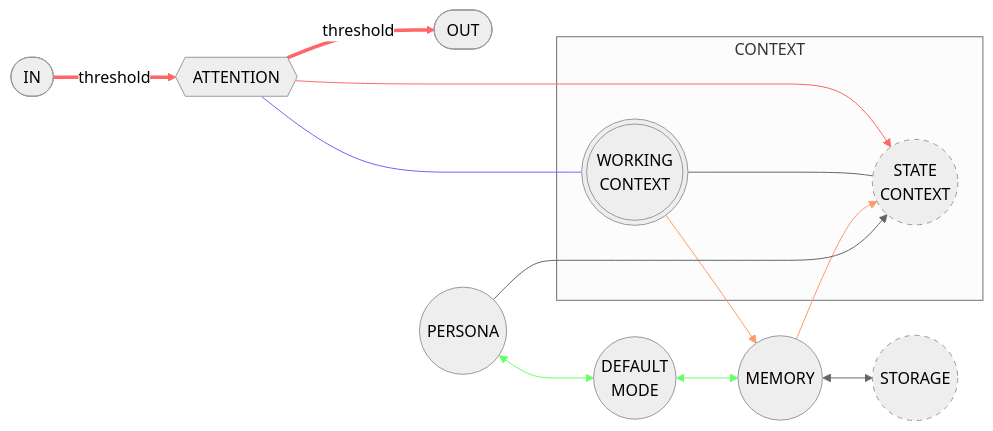
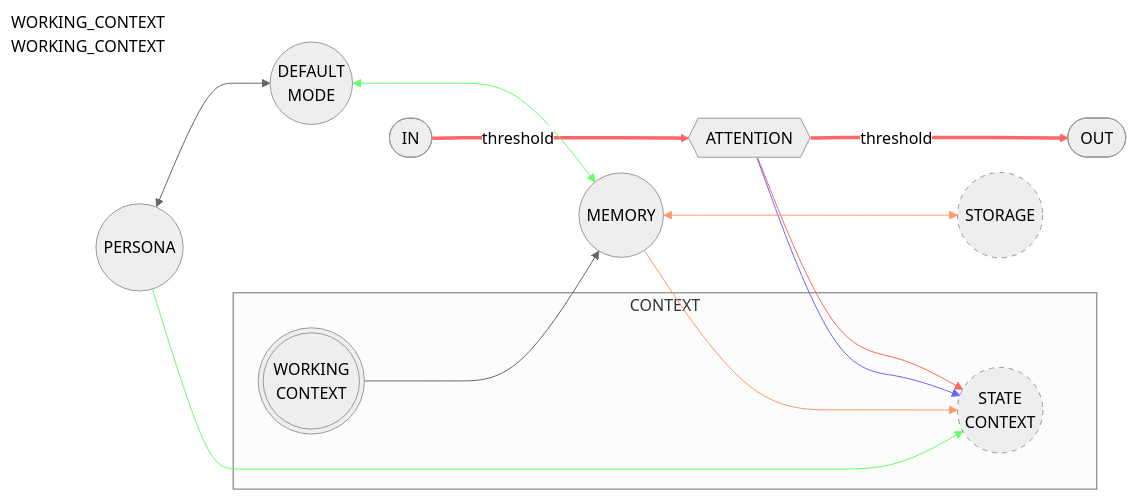
The first of 14 diagrams in README.md (EveryOneIsGross/scratchTHOUGHTS), drawn with Mermaid (neutral theme) before and after one commit.

````diff
--- a/README.md
+++ b/README.md
@@ -4,56 +4,56 @@
 ```mermaid
 flowchart LR
     IN([IN])
     OUT([OUT])
     ATTENTION{{ATTENTION}}
     WORKING_CONTEXT((("WORKING\nCONTEXT")))
     STATE_CONTEXT(("STATE\nCONTEXT"))
     MEMORY((MEMORY))
     STORAGE(("STORAGE"))
     PERSONA((PERSONA))
     DEFAULT_MODE((DEFAULT\nMODE))
     
     %% Input/Output with threshold attention
     IN ==>|threshold| ATTENTION
     ATTENTION ==>|threshold| OUT
     
     %% Attention to State Context for input
     ATTENTION --> STATE_CONTEXT
     
     %% Attention-Working Context interaction
-    ATTENTION <--- WORKING_CONTEXT
+    ATTENTION <-- WORKING_CONTEXT
     
     %% Context hierarchy and relationships
     WORKING_CONTEXT --- STATE_CONTEXT
     
     %% Memory and context interactions - Updated directionality
     WORKING_CONTEXT --> MEMORY
     MEMORY --> STATE_CONTEXT
     
     %% Storage system
     MEMORY <--> STORAGE
     
     %% Persona and default mode recursion
     PERSONA <--> DEFAULT_MODE
     
     %% Default mode memory interaction
     DEFAULT_MODE <--> MEMORY
     
     %% Persona influencing state context
     PERSONA --> STATE_CONTEXT
     
     style STATE_CONTEXT stroke-dasharray: 5 5
     style STORAGE stroke-dasharray: 5 5
     
     subgraph CONTEXT
         WORKING_CONTEXT
         STATE_CONTEXT
     end
     
     %% Styling to emphasize relationships
     linkStyle 0,1 stroke:#f66,stroke-width:2px %% Threshold connections
     linkStyle 2 stroke:#f66,stroke-width:2px %% Attention to State Context
     linkStyle 8,9 stroke:#6f6,stroke-width:2px %% Recursion relationships
     linkStyle 3 stroke:#66f,stroke-width:2px %% Attention-Working Context interaction
     linkStyle 5,6 stroke:#f96,stroke-width:2px %% Memory-Context flows
 ```
````
